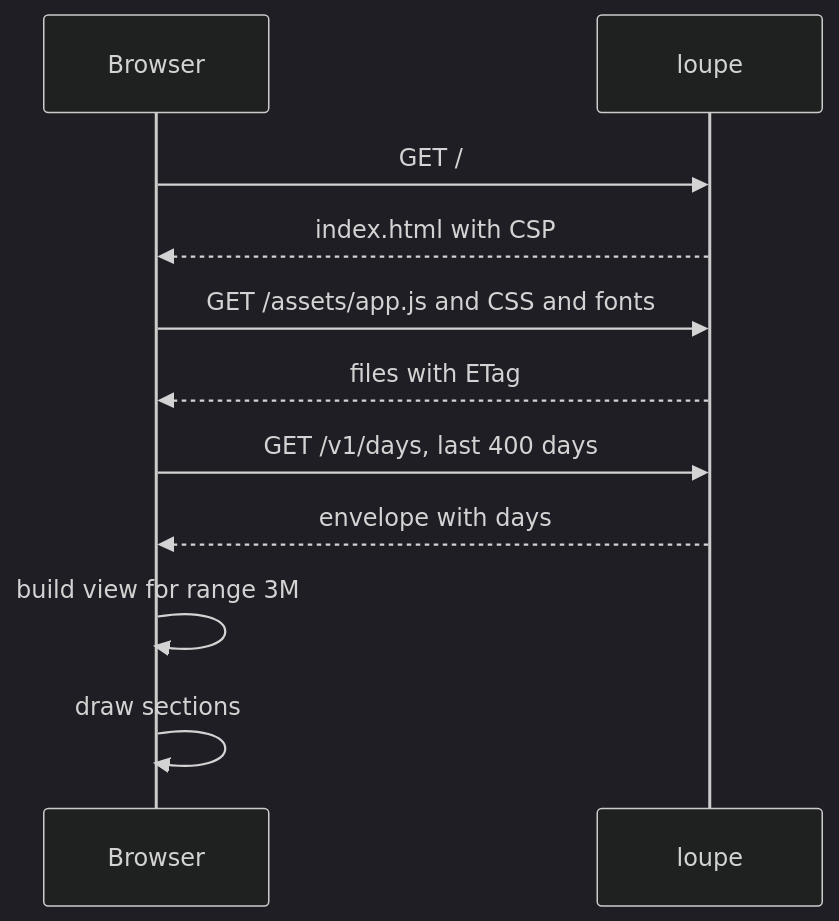
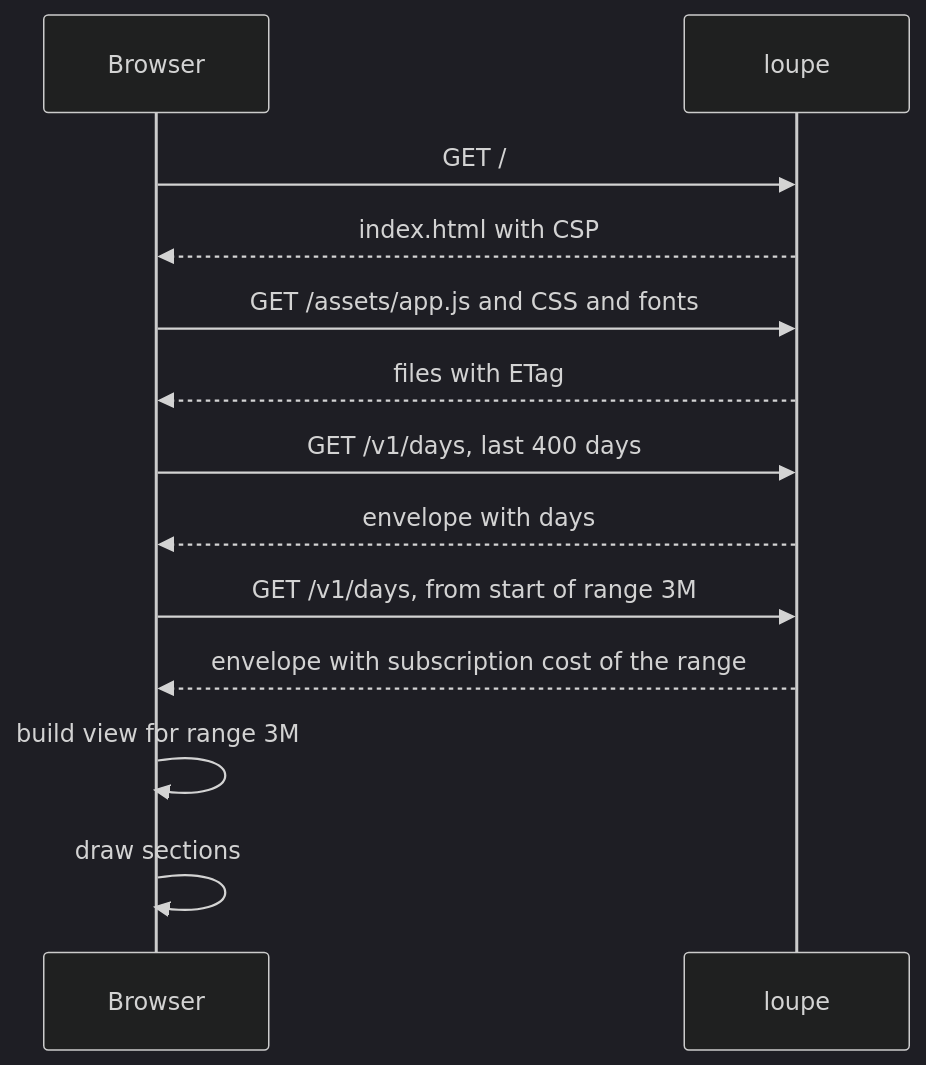
Before and after one commit to desek/agentloupe: the third of 4 diagrams in docs/cr/CR-0008-dashboard-spa.md, drawn with Mermaid (dark theme). The commit also changed other lines of this file, not shown here.

````diff
--- a/docs/cr/CR-0008-dashboard-spa.md
+++ b/docs/cr/CR-0008-dashboard-spa.md
@@ -72,13 +76,15 @@
 ```mermaid
 sequenceDiagram
     participant U as Browser
     participant L as loupe
     U->>L: GET /
     L-->>U: index.html with CSP
     U->>L: GET /assets/app.js and CSS and fonts
     L-->>U: files with ETag
     U->>L: GET /v1/days, last 400 days
     L-->>U: envelope with days
+    U->>L: GET /v1/days, from start of range 3M
+    L-->>U: envelope with subscription cost of the range
     U->>U: build view for range 3M
     U->>U: draw sections
 ```
````
